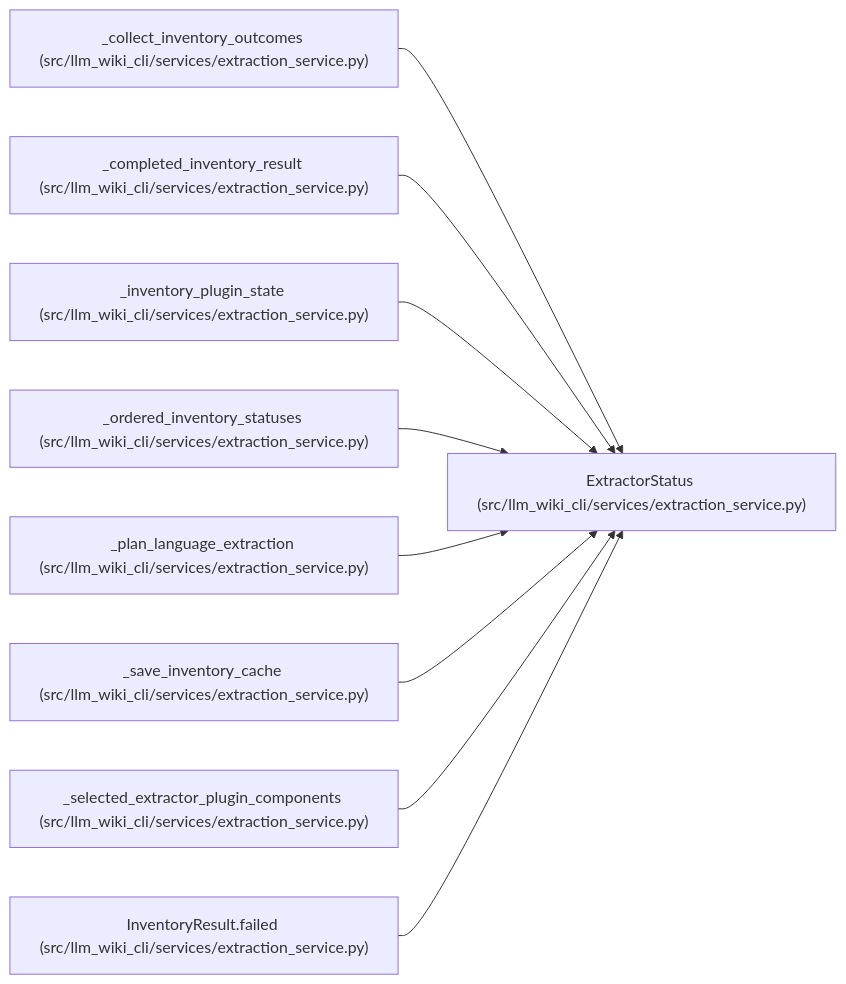
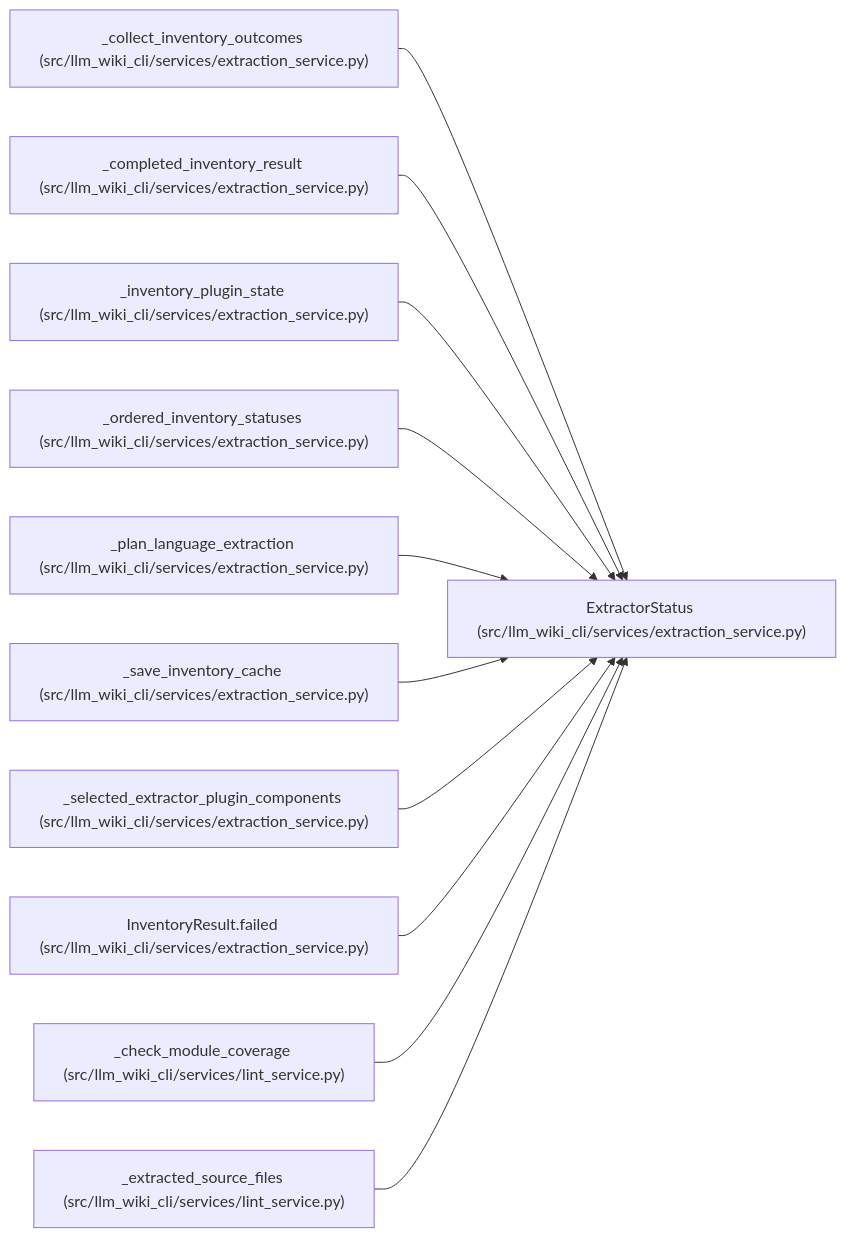
The diagram in docs/llm_wiki/entities/ExtractorStatus.md (Denissvgn/python-wiki-llm), drawn with Mermaid before and after one commit. The commit also changed other lines of this file and 93 other files, not shown here.

````diff
--- a/docs/llm_wiki/entities/ExtractorStatus.md
+++ b/docs/llm_wiki/entities/ExtractorStatus.md
@@ -30,29 +30,35 @@
 ```mermaid
 flowchart LR
     n0["ExtractorStatus (src/llm_wiki_cli/services/extraction_service.py)"]
     n1["_collect_inventory_outcomes (src/llm_wiki_cli/services/extraction_service.py)"]
     n2["_completed_inventory_result (src/llm_wiki_cli/services/extraction_service.py)"]
     n3["_inventory_plugin_state (src/llm_wiki_cli/services/extraction_service.py)"]
     n4["_ordered_inventory_statuses (src/llm_wiki_cli/services/extraction_service.py)"]
     n5["_plan_language_extraction (src/llm_wiki_cli/services/extraction_service.py)"]
     n6["_save_inventory_cache (src/llm_wiki_cli/services/extraction_service.py)"]
     n7["_selected_extractor_plugin_components (src/llm_wiki_cli/services/extraction_service.py)"]
     n8["InventoryResult.failed (src/llm_wiki_cli/services/extraction_service.py)"]
+    n9["_check_module_coverage (src/llm_wiki_cli/services/lint_service.py)"]
+    n10["_extracted_source_files (src/llm_wiki_cli/services/lint_service.py)"]
     n1 --> n0
     n2 --> n0
     n3 --> n0
     n4 --> n0
     n5 --> n0
     n6 --> n0
     n7 --> n0
     n8 --> n0
+    n9 --> n0
+    n10 --> n0
     click n0 "../modules/extraction_service.md"
     click n1 "../modules/extraction_service.md"
     click n2 "../modules/extraction_service.md"
     click n3 "../modules/extraction_service.md"
     click n4 "../modules/extraction_service.md"
     click n5 "../modules/extraction_service.md"
     click n6 "../modules/extraction_service.md"
     click n7 "../modules/extraction_service.md"
     click n8 "../modules/extraction_service.md"
+    click n9 "../modules/lint_service.md"
+    click n10 "../modules/lint_service.md"
 ```
````
